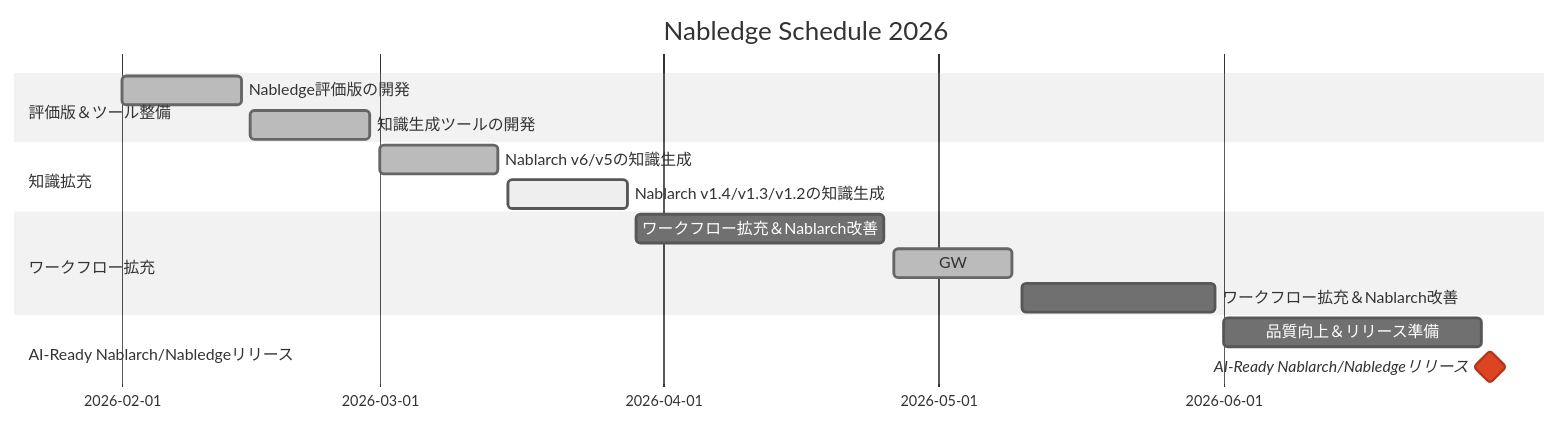
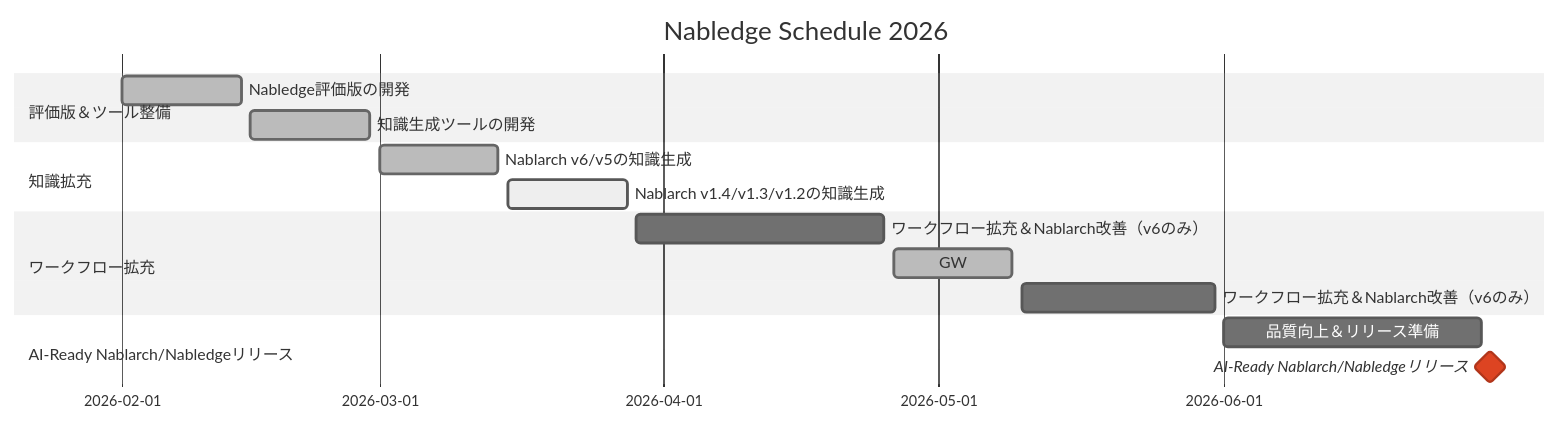
The diagram in docs/development-status.md (nablarch/nabledge-dev), drawn with Mermaid (neutral theme) before and after one commit. The commit also changed other lines of this file, not shown here.

Commit message:
docs: update development-status with Nablarch改善 scope clarifications

````diff
--- a/docs/development-status.md
+++ b/docs/development-status.md
@@ -19,25 +19,25 @@
 ```mermaid
 gantt
     title Nabledge Schedule 2026
     dateFormat YYYY-MM-DD
 
     section 評価版＆ツール整備
     Nabledge評価版の開発             :done, 2026-02-01, 2026-02-14
     知識生成ツールの開発             :done, 2026-02-15, 2026-02-28
 
     section 知識拡充
     Nablarch v6/v5の知識生成        :done, 2026-03-01, 2026-03-14
     Nablarch v1.4/v1.3/v1.2の知識生成 :active, 2026-03-15, 2026-03-28
 
     section ワークフロー拡充
-    ワークフロー拡充＆Nablarch改善    :2026-03-29, 2026-04-25
+    ワークフロー拡充＆Nablarch改善（v6のみ）    :2026-03-29, 2026-04-25
     GW                             :done, 2026-04-26, 2026-05-09
-    ワークフロー拡充＆Nablarch改善    :2026-05-10, 2026-05-31
+    ワークフロー拡充＆Nablarch改善（v6のみ）    :2026-05-10, 2026-05-31
 
     section AI-Ready Nablarch/Nabledgeリリース
     品質向上＆リリース準備                        :2026-06-01, 2026-06-29
     AI-Ready Nablarch/Nabledgeリリース          :crit, milestone, 2026-06-30, 0d
 
     section
     　                                          :done, 2026-07-01, 2026-07-14
 ```
````
